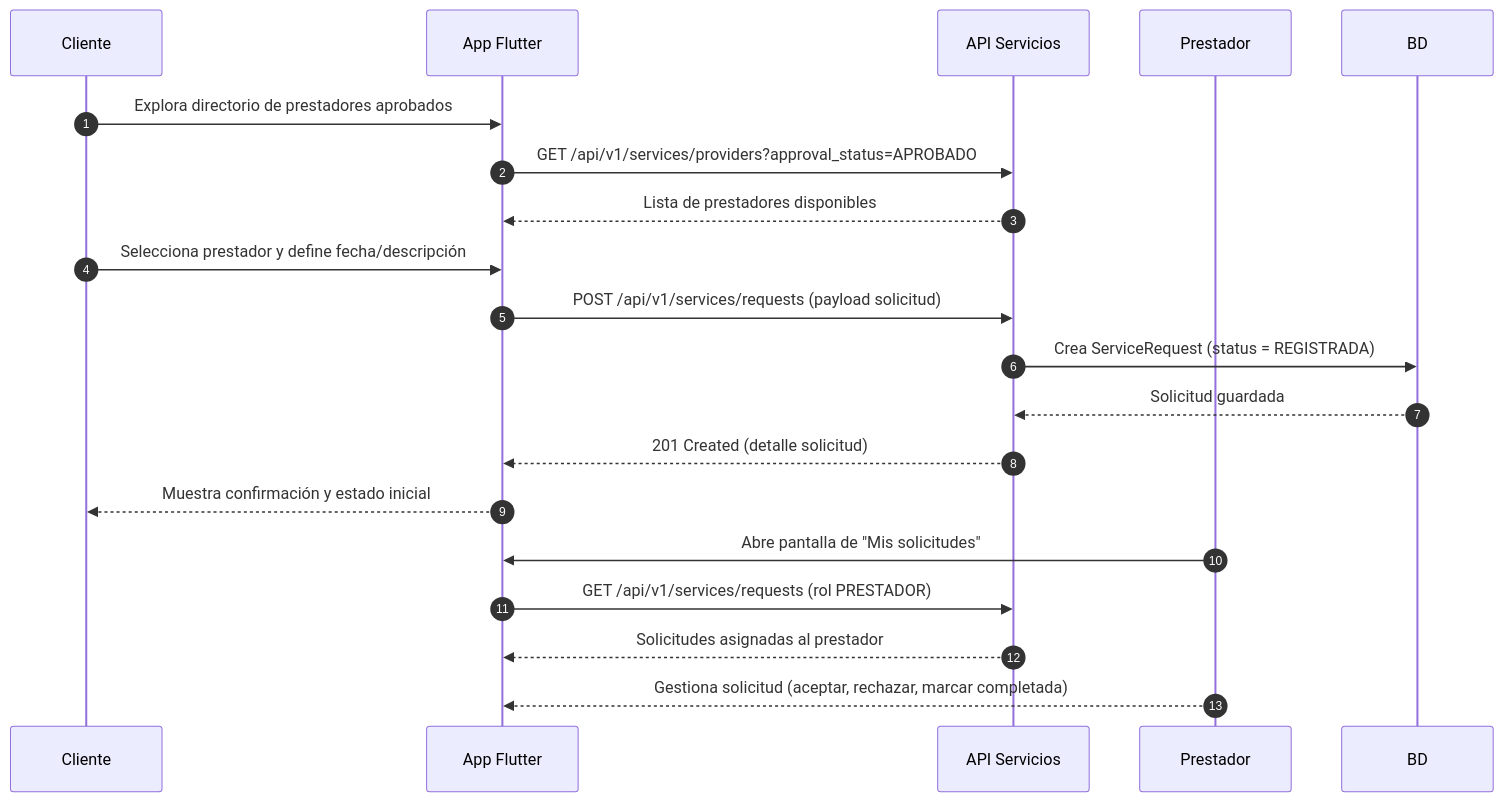
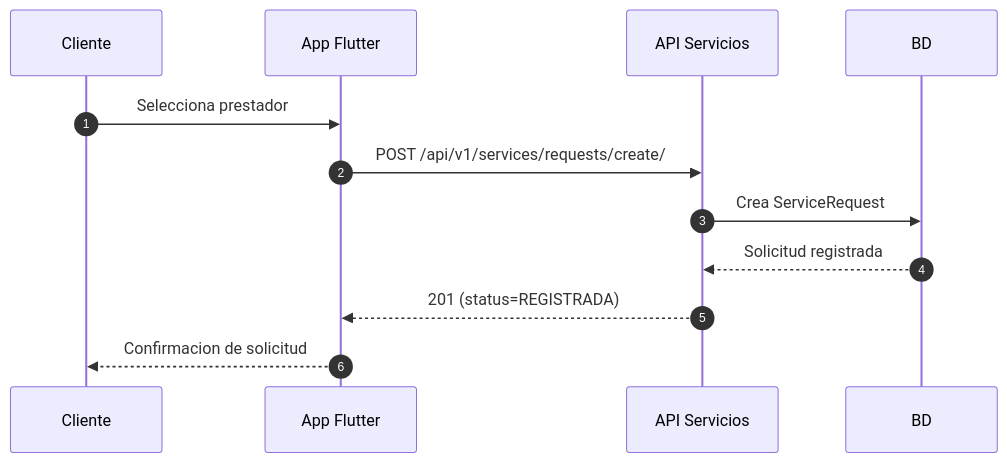
Diagram 19 of 42 in Documento_Desarrollo_Runners.md (Karatsuyu/Runners), drawn with Mermaid before and after one commit. The commit also changed other lines of this file and 4 other files, not shown here.

Commit message:
docs: sync runners documentation and flows

````diff
--- a/Documento_Desarrollo_Runners.md
+++ b/Documento_Desarrollo_Runners.md
@@ -1626,24 +2103,15 @@
 ```mermaid
 sequenceDiagram
     autonumber
     participant C as Cliente
     participant F as App Flutter
     participant S as API Servicios
-    participant P as Prestador
     participant DB as BD
 
-    C->>F: Explora directorio de prestadores aprobados
-    F->>S: GET /api/v1/services/providers?approval_status=APROBADO
-    S-->>F: Lista de prestadores disponibles
-    C->>F: Selecciona prestador y define fecha/descripción
-    F->>S: POST /api/v1/services/requests (payload solicitud)
-    S->>DB: Crea ServiceRequest (status = REGISTRADA)
-    DB-->>S: Solicitud guardada
-    S-->>F: 201 Created (detalle solicitud)
-    F-->>C: Muestra confirmación y estado inicial
-
-    P->>F: Abre pantalla de "Mis solicitudes"
-    F->>S: GET /api/v1/services/requests (rol PRESTADOR)
-    S-->>F: Solicitudes asignadas al prestador
-    P-->>F: Gestiona solicitud (aceptar, rechazar, marcar completada)
+    C->>F: Selecciona prestador
+    F->>S: POST /api/v1/services/requests/create/
+    S->>DB: Crea ServiceRequest
+    DB-->>S: Solicitud registrada
+    S-->>F: 201 (status=REGISTRADA)
+    F-->>C: Confirmacion de solicitud
 ```
````
